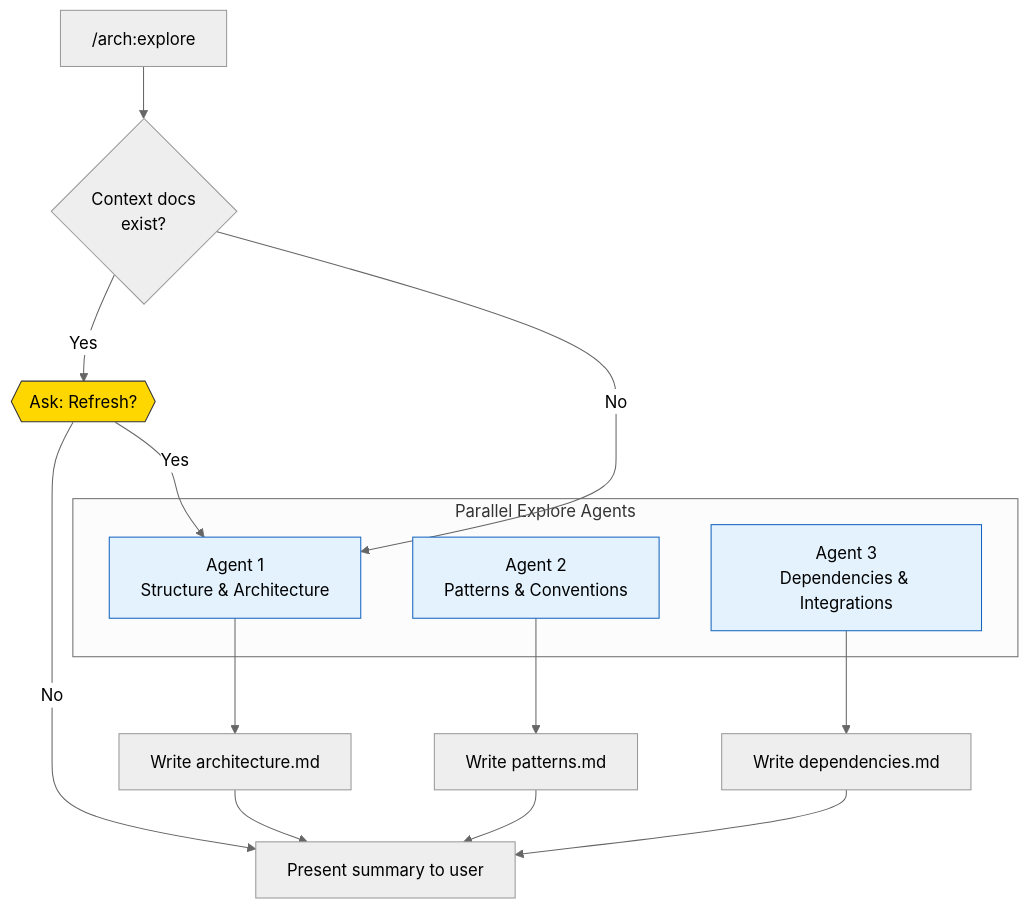
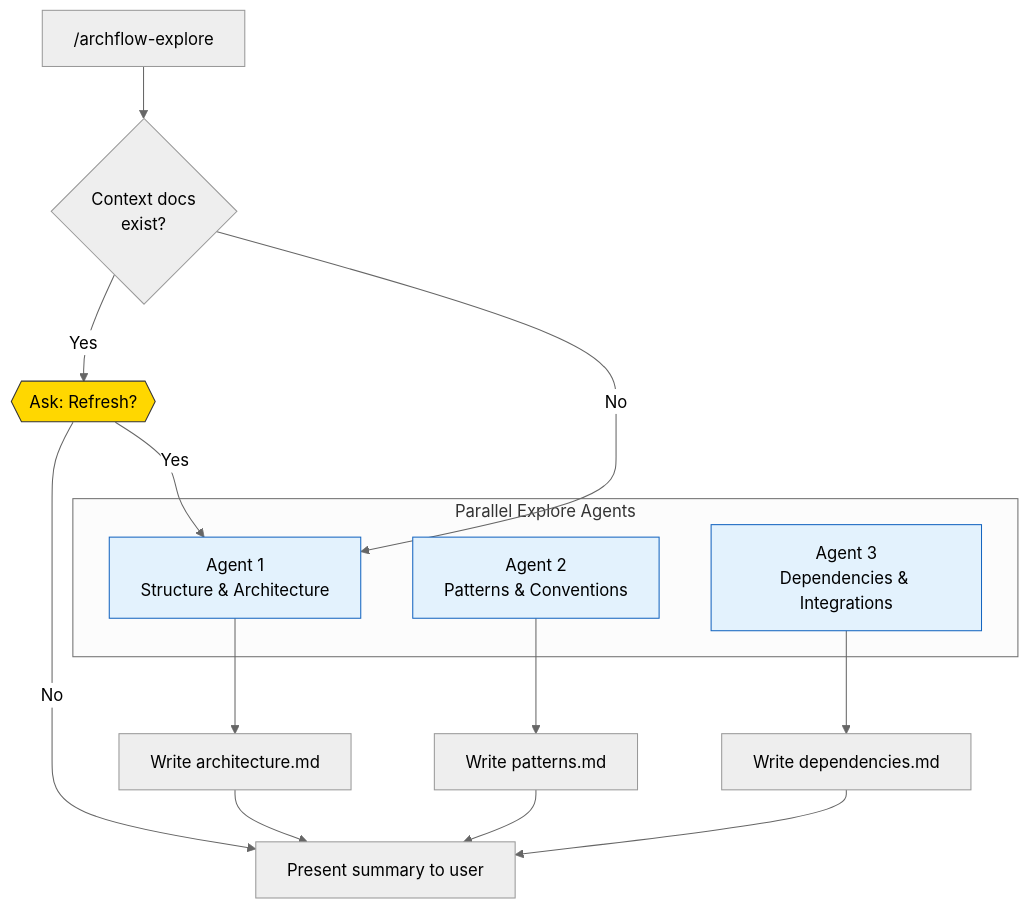
One commit to Aroton/ArchflowV2 changed the fourth of 12 diagrams in docs/archflow-process.md. Above: the diagram before and after it, drawn with Mermaid (neutral theme). The commit also changed other lines of this file and 13 other files, not shown here.

````diff
--- a/docs/archflow-process.md
+++ b/docs/archflow-process.md
@@ -119,27 +119,27 @@
 ```mermaid
 flowchart TD
-    E0["/arch:explore"] --> E1{Context docs<br/>exist?}
+    E0["/archflow-explore"] --> E1{Context docs<br/>exist?}
     E1 -->|Yes| E1a{{Ask: Refresh?}}
     E1a -->|No| E_done
     E1a -->|Yes| E2
     E1 -->|No| E2
 
     subgraph "Parallel Explore Agents"
         E2[Agent 1<br/>Structure & Architecture]
         E3[Agent 2<br/>Patterns & Conventions]
         E4[Agent 3<br/>Dependencies & Integrations]
     end
 
     E2 --> E5[Write architecture.md]
     E3 --> E6[Write patterns.md]
     E4 --> E7[Write dependencies.md]
 
     E5 --> E_done[Present summary to user]
     E6 --> E_done
     E7 --> E_done
 
     style E2 fill:#e3f2fd,stroke:#1565c0
     style E3 fill:#e3f2fd,stroke:#1565c0
     style E4 fill:#e3f2fd,stroke:#1565c0
     style E1a fill:#ffd700,stroke:#333,color:#000
 ```
````
